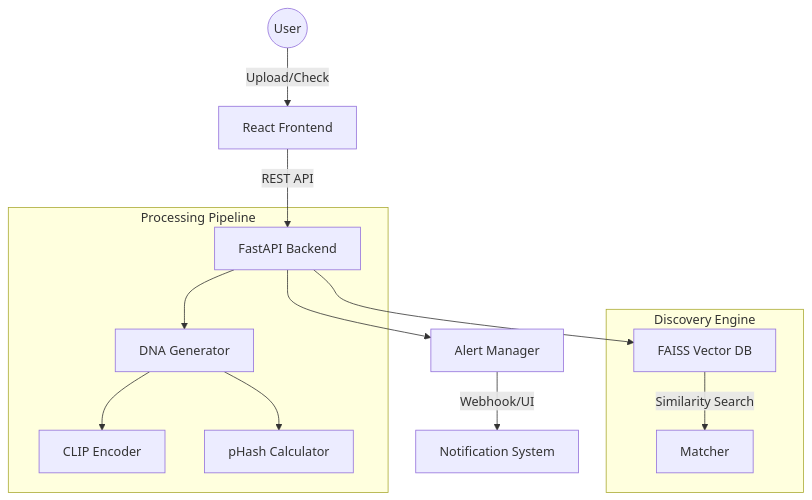
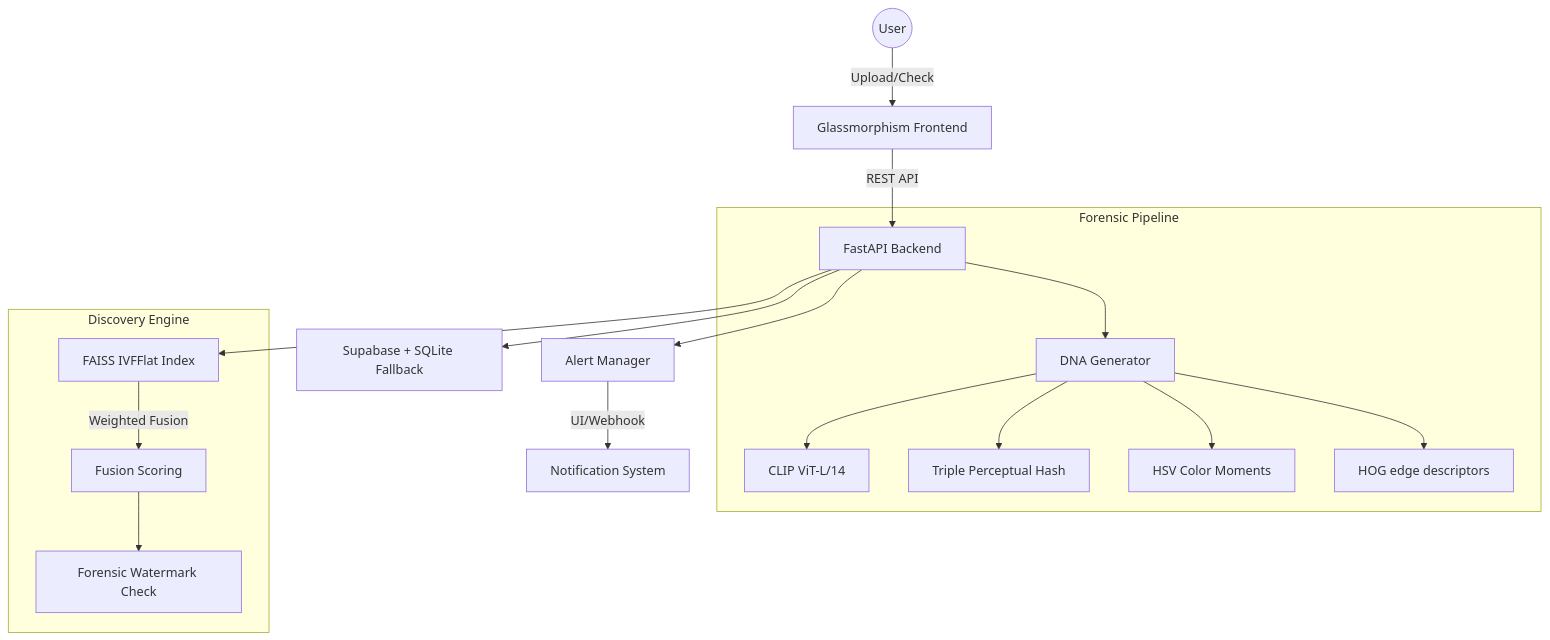
The diagram in README.md (shinchxn/Real-Time-tracking), drawn with Mermaid before and after one commit. The commit also changed other lines of this file and 76 other files, not shown here.

````diff
--- a/README.md
+++ b/README.md
@@ -27,19 +27,23 @@
 ```mermaid
 graph TD
-    User((User)) -->|Upload/Check| UI[React Frontend]
+    User((User)) -->|Upload/Check| UI[Glassmorphism Frontend]
     UI -->|REST API| API[FastAPI Backend]
     
-    subgraph "Processing Pipeline"
+    subgraph "Forensic Pipeline"
         API --> DNA[DNA Generator]
-        DNA --> CLIP[CLIP Encoder]
-        DNA --> PHASH[pHash Calculator]
+        DNA --> CLIP[CLIP ViT-L/14]
+        DNA --> PHASH[Triple Perceptual Hash]
+        DNA --> COLOR[HSV Color Moments]
+        DNA --> HOG[HOG edge descriptors]
     end
     
     subgraph "Discovery Engine"
-        API --> VDB[FAISS Vector DB]
-        VDB -->|Similarity Search| Search[Matcher]
+        API --> VDB[FAISS IVFFlat Index]
+        VDB -->|Weighted Fusion| Match[Fusion Scoring]
+        Match --> Watermark[Forensic Watermark Check]
     end
     
+    API --> DB[Supabase + SQLite Fallback]
     API --> Alert[Alert Manager]
-    Alert -->|Webhook/UI| Notify[Notification System]
+    Alert -->|UI/Webhook| Notify[Notification System]
 ```
````
